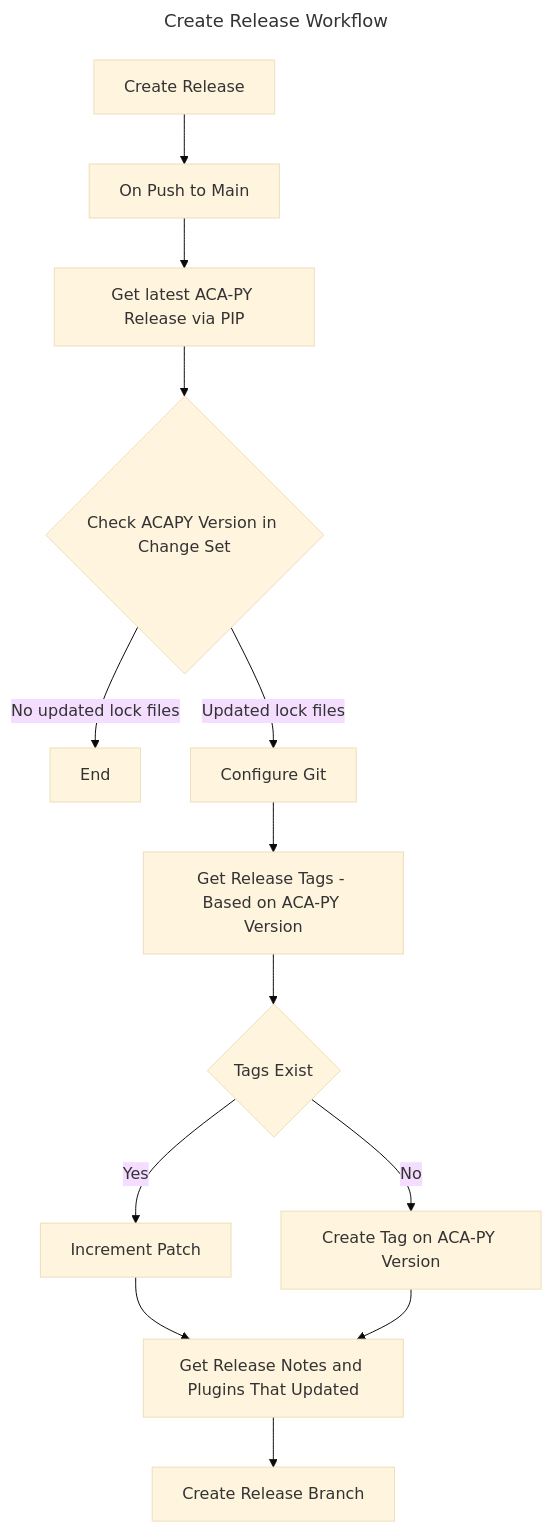
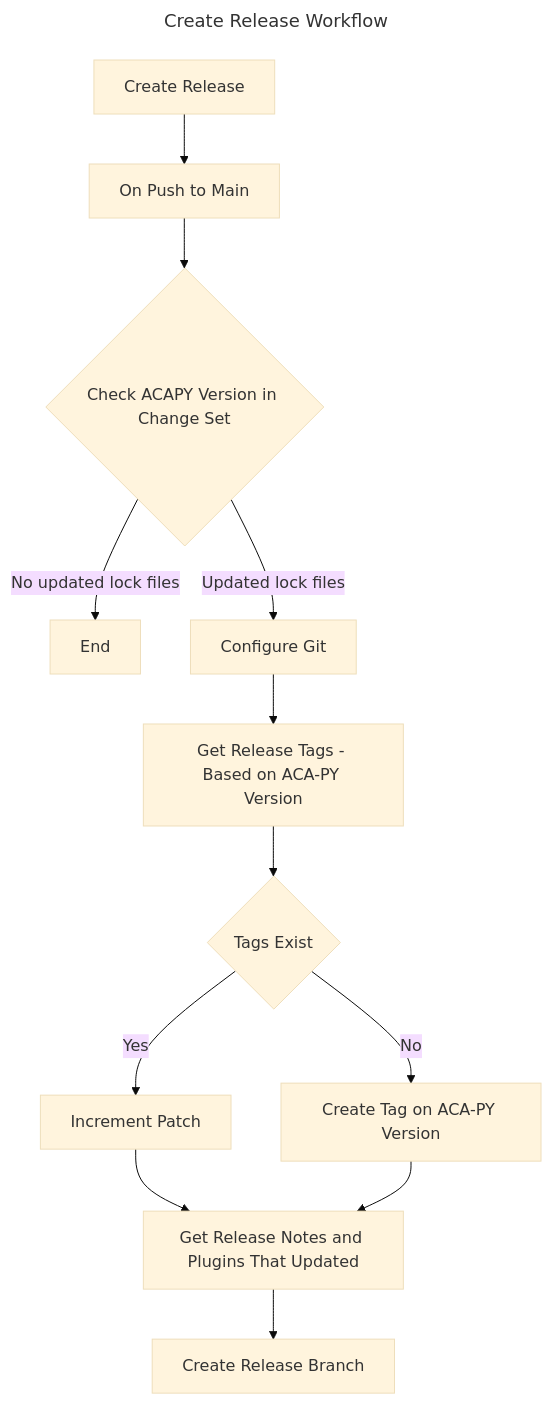
Before and after one commit to openwallet-foundation/acapy-plugins: the second of 2 diagrams in .github/workflows/ReleaseWorkflows.md, drawn with Mermaid (base theme). The commit also changed 2 other files, not shown here.

Commit message:
Update origin / Refactor / Comments

````diff
--- a/.github/workflows/ReleaseWorkflows.md
+++ b/.github/workflows/ReleaseWorkflows.md
@@ -28,20 +28,19 @@
 ```mermaid
 ---
 title: Create Release Workflow
 ---
 
 flowchart TB
     Start[Create Release] --> OnPushMain[On Push to Main]
-    OnPushMain --> GetACAPYRelease[Get latest ACA-PY Release via PIP]
-    GetACAPYRelease --> CheckChangeSet{Check ACAPY Version in Change Set}
+    OnPushMain --> CheckChangeSet{Check ACAPY Version in Change Set}
     CheckChangeSet --> |No updated lock files| End
     CheckChangeSet --> |Updated lock files| ConfigureGit[Configure Git]
     ConfigureGit --> GetReleaseTags[Get Release Tags - Based on ACA-PY Version]
     GetReleaseTags --> TagsExist{Tags Exist}
     TagsExist --> |Yes| IncrementPatch[Increment Patch]
     TagsExist --> |No| CreateTagOnACAPYVersion[Create Tag on ACA-PY Version]
     IncrementPatch --> GetReleaseNotes[Get Release Notes and Plugins That Updated]
     CreateTagOnACAPYVersion --> GetReleaseNotes
     GetReleaseNotes --> CreateReleaseBranch[Create Release Branch]
 
 ```
````
